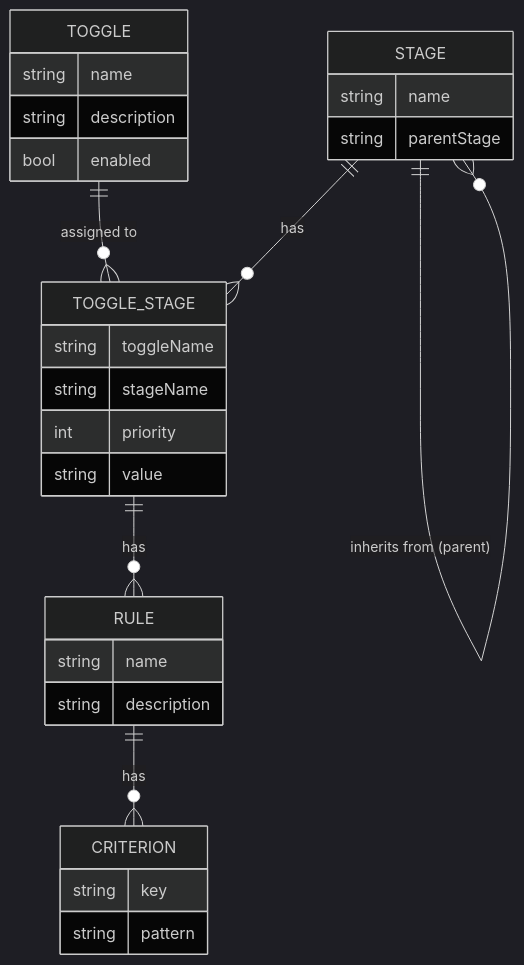
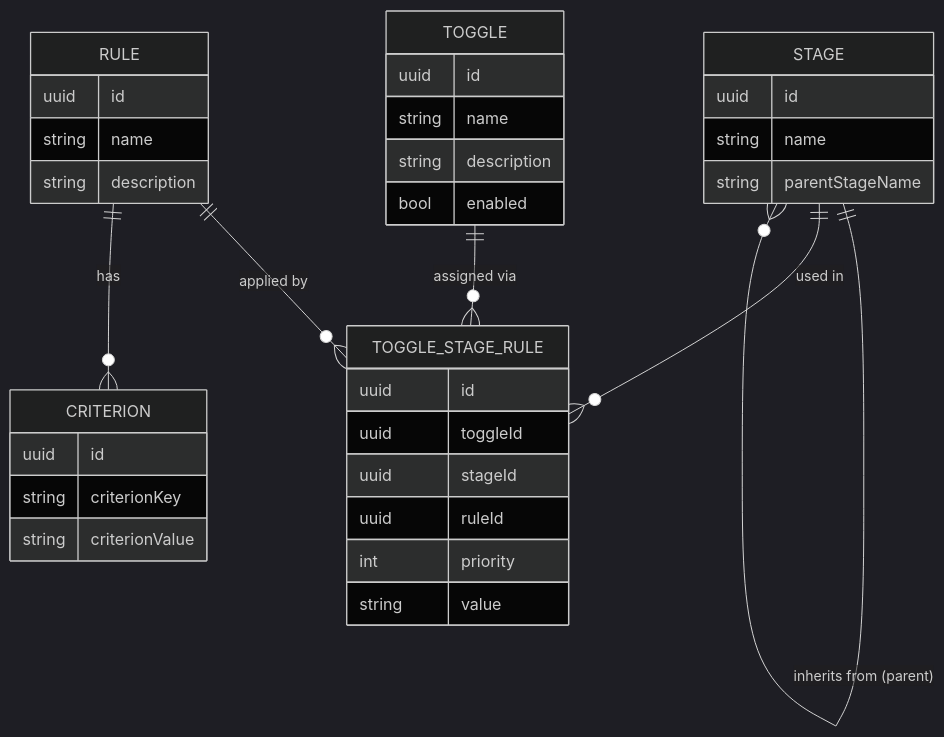
The first of 2 diagrams in USER_GUIDE.md (abstratium-dev/abstoggle), drawn with Mermaid (dark theme) before and after one commit. The commit also changed other lines of this file and 20 other files, not shown here.

Commit message:
finished refactoring the ui so that value is from assignment not rule; improved tester ui

````diff
--- a/USER_GUIDE.md
+++ b/USER_GUIDE.md
@@ -32,32 +32,38 @@
 ```mermaid
 erDiagram
     STAGE ||--o{ STAGE : "inherits from (parent)"
-    TOGGLE ||--o{ TOGGLE_STAGE : "assigned to"
-    STAGE  ||--o{ TOGGLE_STAGE : "has"
-    TOGGLE_STAGE ||--o{ RULE : "has"
-    RULE ||--o{ CRITERION : "has"
+    TOGGLE ||--o{ TOGGLE_STAGE_RULE : "assigned via"
+    STAGE  ||--o{ TOGGLE_STAGE_RULE : "used in"
+    RULE   ||--o{ TOGGLE_STAGE_RULE : "applied by"
+    RULE   ||--o{ CRITERION : "has"
 
     TOGGLE {
+        uuid   id
         string name
         string description
         bool   enabled
     }
     STAGE {
+        uuid   id
         string name
-        string parentStage
+        string parentStageName
     }
-    TOGGLE_STAGE {
-        string toggleName
-        string stageName
+    TOGGLE_STAGE_RULE {
+        uuid   id
+        uuid   toggleId
+        uuid   stageId
+        uuid   ruleId
         int    priority
         string value
     }
     RULE {
+        uuid   id
         string name
         string description
     }
     CRITERION {
-        string key
-        string pattern
+        uuid   id
+        string criterionKey
+        string criterionValue
     }
 ```
````
